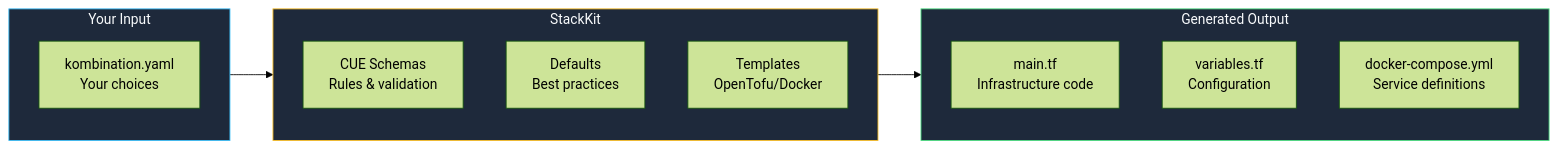
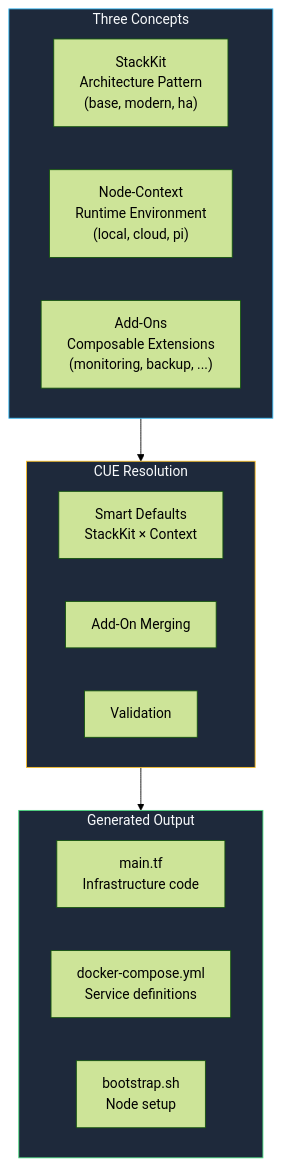
Before and after one commit to KombiverseLabs/docs: the first of 2 diagrams in stackkits/overview.mdx, drawn with Mermaid (forest theme). The commit also changed other lines of this file and 1 other file, not shown here.

First line of the commit message:
docs: rewrite StackKits pages for v4 architecture

````diff
--- a/stackkits/overview.mdx
+++ b/stackkits/overview.mdx
@@ -12,25 +14,26 @@
 ```mermaid
-graph LR
-    subgraph Input["Your Input"]
-        YI["kombination.yaml<br/>Your choices"]
+graph TB
+    subgraph Concepts["Three Concepts"]
+        SK["StackKit<br/>Architecture Pattern<br/>(base, modern, ha)"]
+        CTX["Node-Context<br/>Runtime Environment<br/>(local, cloud, pi)"]
+        AO["Add-Ons<br/>Composable Extensions<br/>(monitoring, backup, ...)"]
     end
-    
-    subgraph StackKit["StackKit"]
-        CUE["CUE Schemas<br/>Rules & validation"]
-        Defaults["Defaults<br/>Best practices"]
-        Templates["Templates<br/>OpenTofu/Docker"]
+
+    subgraph Resolution["CUE Resolution"]
+        CUE["Smart Defaults<br/>StackKit × Context"]
+        Merge["Add-On Merging"]
+        Valid["Validation"]
     end
-    
+
     subgraph Output["Generated Output"]
         TF["main.tf<br/>Infrastructure code"]
-        Vars["variables.tf<br/>Configuration"]
         Compose["docker-compose.yml<br/>Service definitions"]
+        Bootstrap["bootstrap.sh<br/>Node setup"]
     end
-    
-    Input --> StackKit
-    StackKit --> Output
-    
-    style Input fill:#1e293b,stroke:#38bdf8,color:#f8fafc
-    style StackKit fill:#1e293b,stroke:#fbbf24,color:#f8fafc
+
+    Concepts --> Resolution --> Output
+
+    style Concepts fill:#1e293b,stroke:#38bdf8,color:#f8fafc
+    style Resolution fill:#1e293b,stroke:#fbbf24,color:#f8fafc
     style Output fill:#1e293b,stroke:#4ade80,color:#f8fafc
 ```
````
